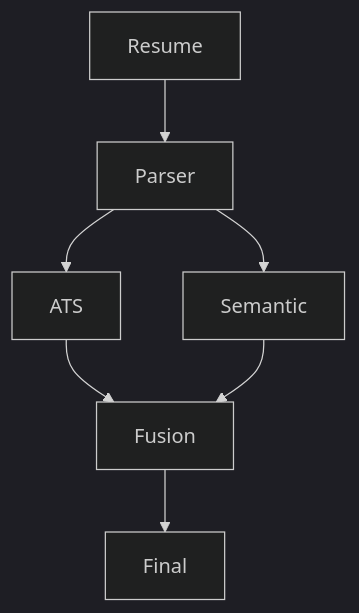
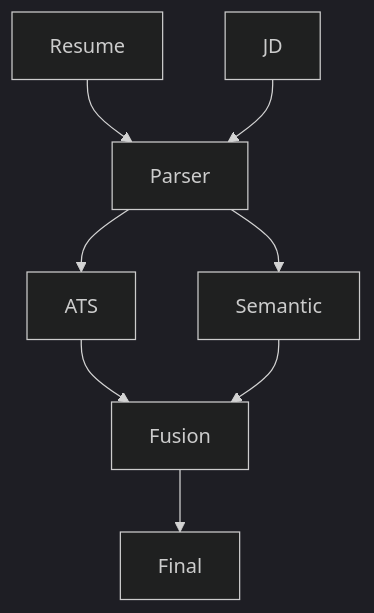
One commit to rhonand/job_matcher changed the diagram in README.md. Above: the diagram before and after it, drawn with Mermaid (dark theme). The commit also changed other lines of this file, not shown here.

````diff
--- a/README.md
+++ b/README.md
@@ -28,9 +28,10 @@
 ```mermaid
 flowchart TD
     Resume --> Parser
+    JD --> Parser
     Parser --> ATS
     Parser --> Semantic
     ATS --> Fusion
     Semantic --> Fusion
     Fusion --> Final
 ```
````
